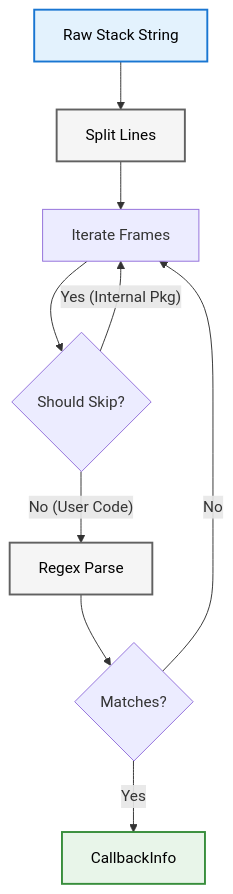
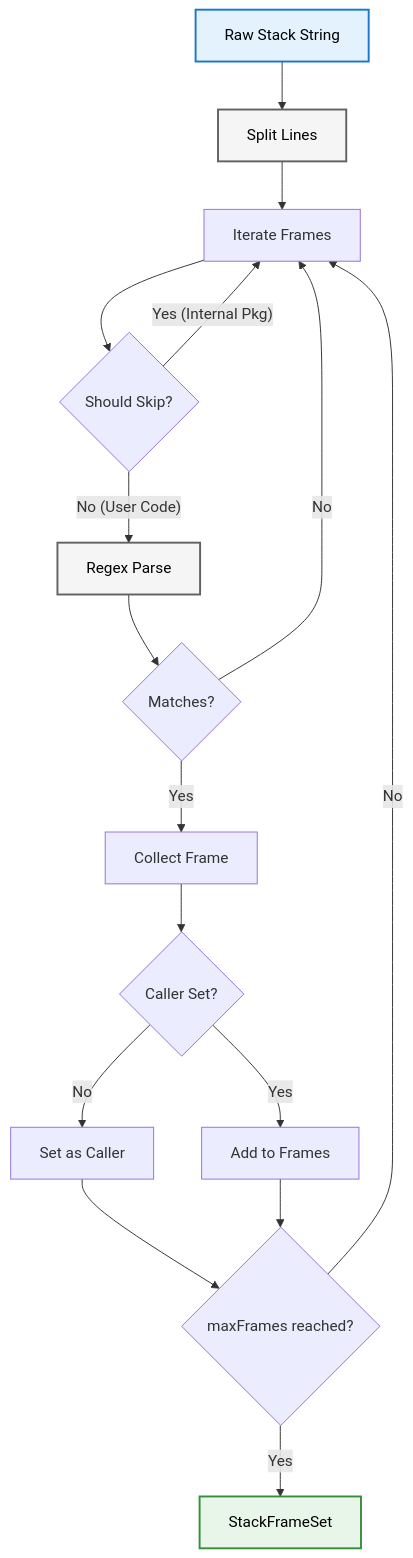
Before and after one commit to pooriaaskarim/logd: the diagram in doc/stack_trace/architecture.md, drawn with Mermaid. The commit also changed other lines of this file and 11 other files, not shown here.

````diff
--- a/doc/stack_trace/architecture.md
+++ b/doc/stack_trace/architecture.md
@@ -52,19 +64,26 @@
 ```mermaid
 flowchart TD
     Raw[Raw Stack String] --> Split[Split Lines]
     Split --> Loop[Iterate Frames]
     Loop --> Skip{Should Skip?}
     Skip -- Yes (Internal Pkg) --> Loop
     Skip -- No (User Code) --> Parse[Regex Parse]
     Parse --> Match{Matches?}
-    Match -- Yes --> Struct[CallbackInfo]
+    Match -- Yes --> Collect[Collect Frame]
     Match -- No --> Loop
+    Collect --> CallerSet{Caller Set?}
+    CallerSet -- No --> SetCaller[Set as Caller]
+    CallerSet -- Yes --> AddFrame[Add to Frames]
+    SetCaller --> Done{maxFrames reached?}
+    AddFrame --> Done
+    Done -- No --> Loop
+    Done -- Yes --> Result[StackFrameSet]
     
     classDef inputStyle fill:#e3f2fd,stroke:#1976d2,stroke-width:2px,color:#000
     classDef processStyle fill:#f5f5f5,stroke:#616161,stroke-width:2px,color:#000
     classDef outputStyle fill:#e8f5e9,stroke:#388e3c,stroke-width:2px,color:#000
     
     class Raw inputStyle
     class Split,Parse processStyle
-    class Struct outputStyle
+    class Result outputStyle
 ```
````
